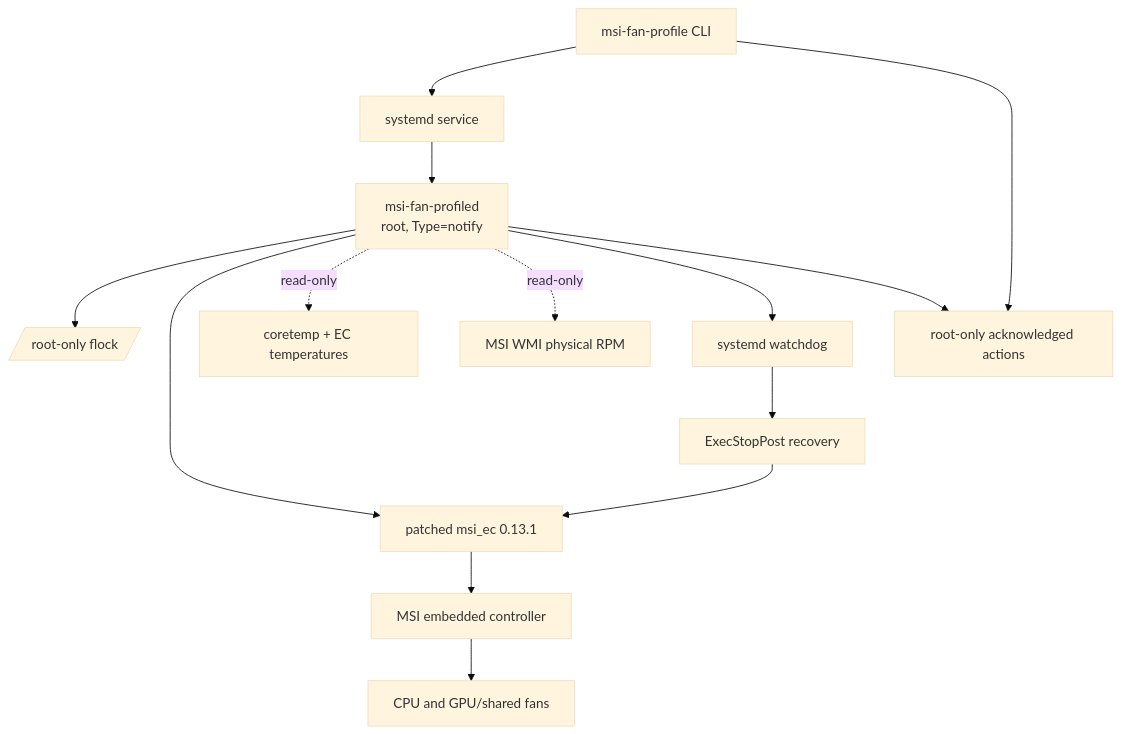
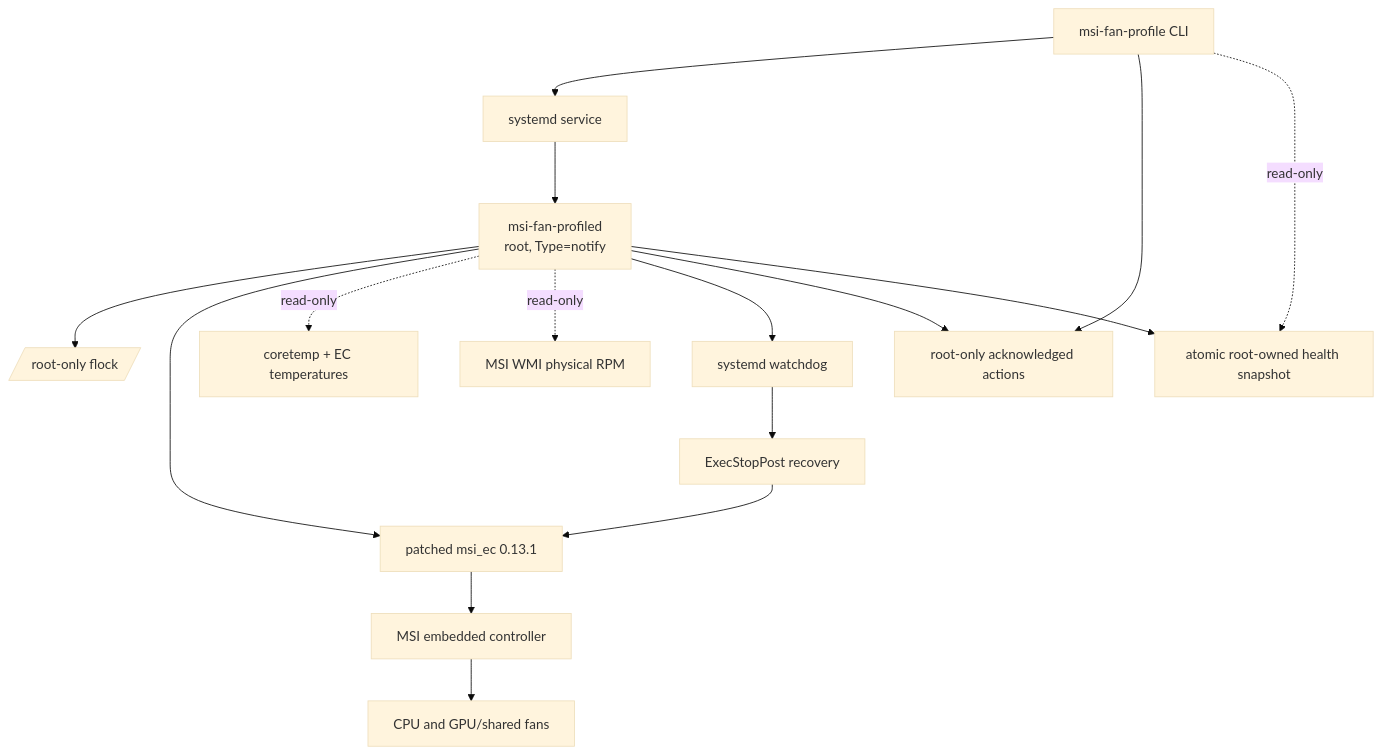
One commit to dead4d5a/msi-raider-18-hx-ai-linux-fan-control changed the diagram in docs/ARCHITECTURE.md. Above: the diagram before and after it, drawn with Mermaid (base theme). The commit also changed other lines of this file and 33 other files, not shown here.

````diff
--- a/docs/ARCHITECTURE.md
+++ b/docs/ARCHITECTURE.md
@@ -3,16 +3,18 @@
 ```mermaid
 flowchart TD
     systemd[systemd service] --> daemon[msi-fan-profiled\nroot, Type=notify]
     daemon --> lock[/root-only flock/]
     daemon --> driver[patched msi_ec 0.13.1]
     driver --> ec[MSI embedded controller]
     ec --> fans[CPU and GPU/shared fans]
     daemon -. read-only .-> temps[coretemp + EC temperatures]
     daemon -. read-only .-> rpm[MSI WMI physical RPM]
     daemon --> watchdog[systemd watchdog]
     watchdog --> recovery[ExecStopPost recovery]
     recovery --> driver
     manager[msi-fan-profile CLI] --> systemd
     manager --> ack[root-only acknowledged actions]
     daemon --> ack
+    daemon --> health[atomic root-owned health snapshot]
+    manager -. read-only .-> health
 ```
````
